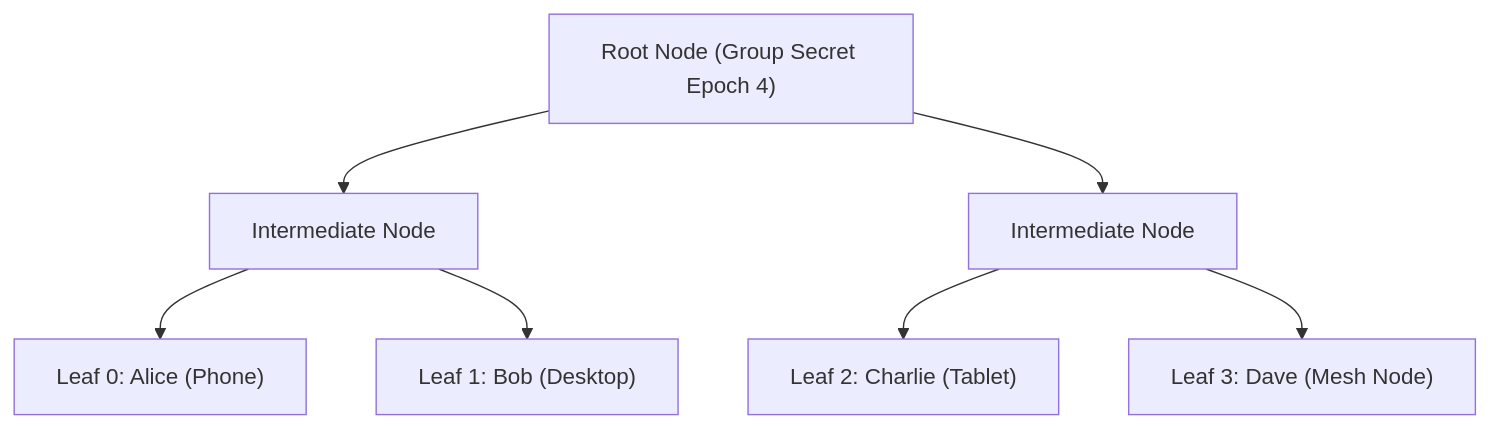
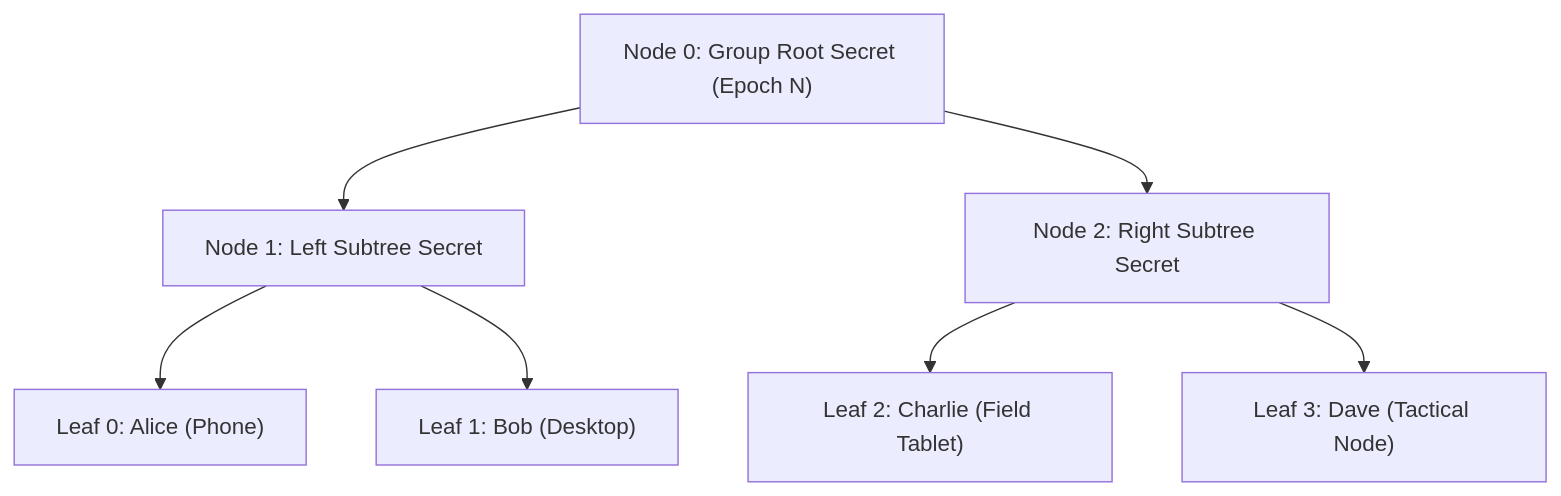
The second of 2 diagrams in wiki/03-Cryptographic-Engine-and-Key-Management.md (irshadali5/siar), drawn with Mermaid before and after one commit. The commit also changed other lines of this file, not shown here.

````diff
--- a/wiki/03-Cryptographic-Engine-and-Key-Management.md
+++ b/wiki/03-Cryptographic-Engine-and-Key-Management.md
@@ -57,9 +139,9 @@
 ```mermaid
 graph TD
-    Root["Root Node (Group Secret Epoch 4)"] --> N1["Intermediate Node"]
-    Root --> N2["Intermediate Node"]
-    N1 --> Alice["Leaf 0: Alice (Phone)"]
-    N1 --> Bob["Leaf 1: Bob (Desktop)"]
-    N2 --> Charlie["Leaf 2: Charlie (Tablet)"]
-    N2 --> Dave["Leaf 3: Dave (Mesh Node)"]
+    Root["Node 0: Group Root Secret (Epoch N)"] --> N1["Node 1: Left Subtree Secret"]
+    Root --> N2["Node 2: Right Subtree Secret"]
+    N1 --> L0["Leaf 0: Alice (Phone)"]
+    N1 --> L1["Leaf 1: Bob (Desktop)"]
+    N2 --> L2["Leaf 2: Charlie (Field Tablet)"]
+    N2 --> L3["Leaf 3: Dave (Tactical Node)"]
 ```
````
